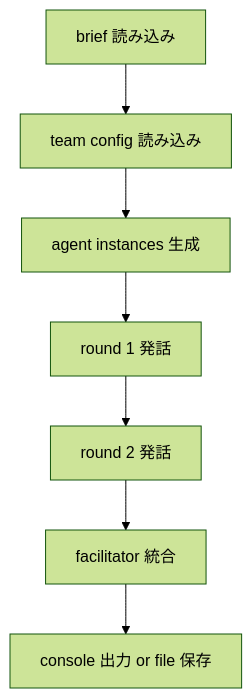
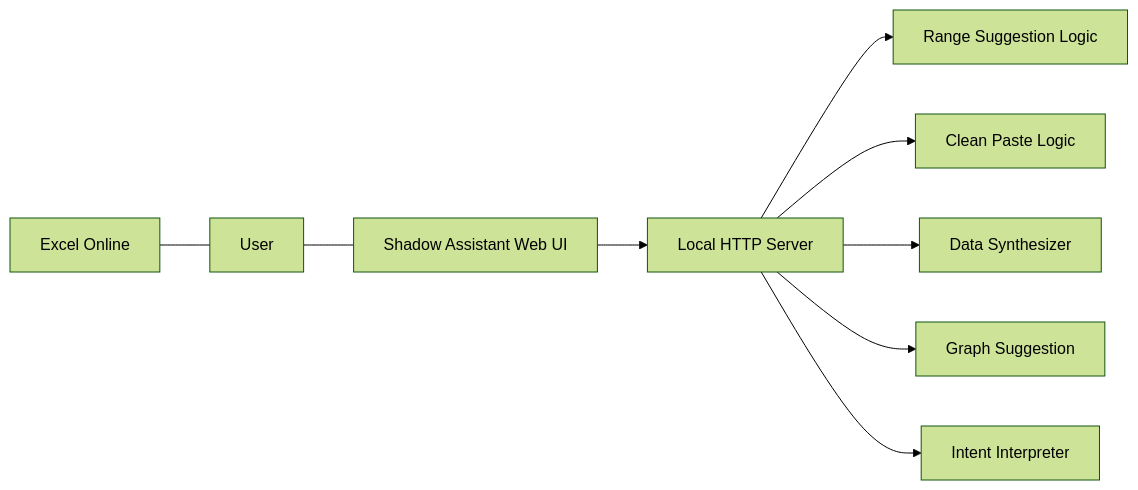
One commit to tetsuya-hasegawa-666/Data_Correcting_System changed the diagram in iAgents/docs/artifact/system_blueprint.md. Above: the diagram before and after it, drawn with Mermaid (forest theme). The commit also changed other lines of this file and 59 other files, not shown here.

Commit message:
Implement Excel Online shadow assistant prototype

````diff
--- a/iAgents/docs/artifact/system_blueprint.md
+++ b/iAgents/docs/artifact/system_blueprint.md
@@ -37,9 +23,11 @@
 ```mermaid
-flowchart TD
-    A["brief 読み込み"] --> B["team config 読み込み"]
-    B --> C["agent instances 生成"]
-    C --> D["round 1 発話"]
-    D --> E["round 2 発話"]
-    E --> F["facilitator 統合"]
-    F --> G["console 出力 or file 保存"]
+flowchart LR
+    A["Excel Online"] --- B["User"]
+    B --- C["Shadow Assistant Web UI"]
+    C --> D["Local HTTP Server"]
+    D --> E["Range Suggestion Logic"]
+    D --> F["Clean Paste Logic"]
+    D --> G["Data Synthesizer"]
+    D --> H["Graph Suggestion"]
+    D --> I["Intent Interpreter"]
 ```
````
